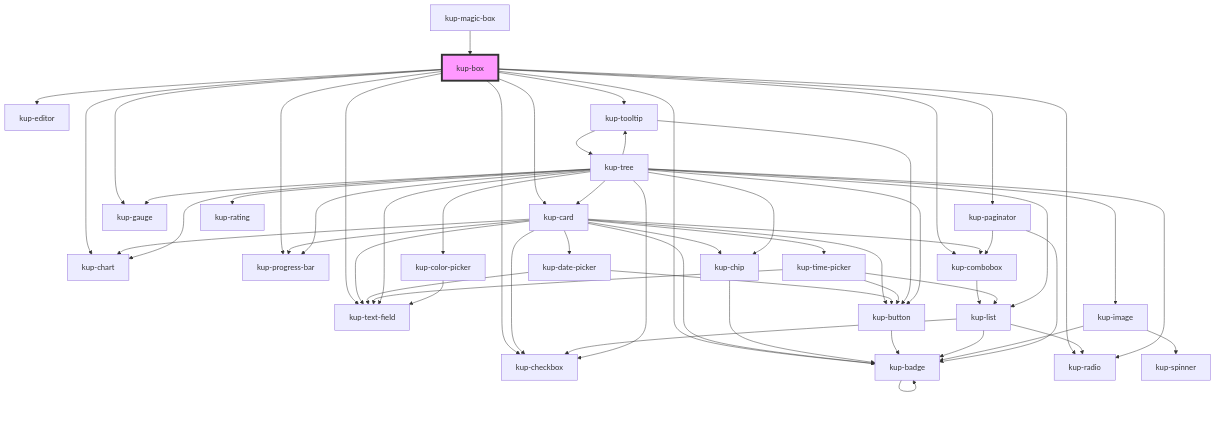
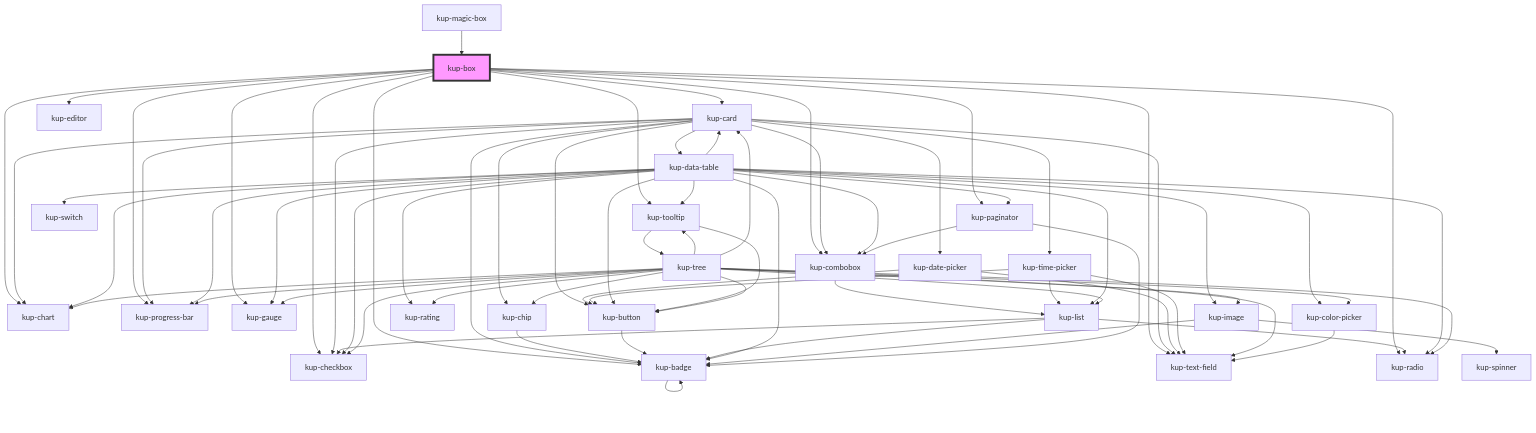
One commit to smeup/ketchup changed the diagram in packages/ketchup/src/components/kup-box/readme.md. Above: the diagram before and after it, drawn with Mermaid. The commit also changed 11 other files, not shown here.

````diff
--- a/packages/ketchup/src/components/kup-box/readme.md
+++ b/packages/ketchup/src/components/kup-box/readme.md
@@ -115,60 +115,77 @@
 ```mermaid
 graph TD;
   kup-box --> kup-card
   kup-box --> kup-checkbox
   kup-box --> kup-badge
   kup-box --> kup-chart
   kup-box --> kup-editor
   kup-box --> kup-text-field
   kup-box --> kup-progress-bar
   kup-box --> kup-radio
   kup-box --> kup-gauge
   kup-box --> kup-tooltip
   kup-box --> kup-combobox
   kup-box --> kup-paginator
   kup-card --> kup-chip
   kup-card --> kup-badge
   kup-card --> kup-button
   kup-card --> kup-checkbox
   kup-card --> kup-combobox
   kup-card --> kup-date-picker
   kup-card --> kup-text-field
   kup-card --> kup-time-picker
+  kup-card --> kup-data-table
   kup-card --> kup-progress-bar
   kup-card --> kup-chart
   kup-chip --> kup-badge
   kup-badge --> kup-badge
   kup-button --> kup-badge
   kup-combobox --> kup-list
   kup-list --> kup-radio
   kup-list --> kup-checkbox
   kup-list --> kup-badge
   kup-date-picker --> kup-text-field
   kup-date-picker --> kup-button
   kup-time-picker --> kup-text-field
   kup-time-picker --> kup-button
   kup-time-picker --> kup-list
+  kup-data-table --> kup-card
+  kup-data-table --> kup-checkbox
+  kup-data-table --> kup-tooltip
+  kup-data-table --> kup-list
+  kup-data-table --> kup-image
+  kup-data-table --> kup-button
+  kup-data-table --> kup-chart
+  kup-data-table --> kup-color-picker
+  kup-data-table --> kup-gauge
+  kup-data-table --> kup-progress-bar
+  kup-data-table --> kup-rating
+  kup-data-table --> kup-radio
+  kup-data-table --> kup-paginator
+  kup-data-table --> kup-switch
+  kup-data-table --> kup-combobox
+  kup-data-table --> kup-badge
   kup-tooltip --> kup-button
   kup-tooltip --> kup-tree
   kup-tree --> kup-image
   kup-tree --> kup-button
   kup-tree --> kup-chart
   kup-tree --> kup-checkbox
   kup-tree --> kup-chip
   kup-tree --> kup-color-picker
   kup-tree --> kup-gauge
   kup-tree --> kup-progress-bar
   kup-tree --> kup-rating
   kup-tree --> kup-radio
   kup-tree --> kup-tooltip
   kup-tree --> kup-list
   kup-tree --> kup-text-field
   kup-tree --> kup-card
   kup-image --> kup-spinner
   kup-image --> kup-badge
   kup-color-picker --> kup-text-field
   kup-paginator --> kup-combobox
   kup-paginator --> kup-badge
   kup-magic-box --> kup-box
   style kup-box fill:#f9f,stroke:#333,stroke-width:4px
 ```
````
